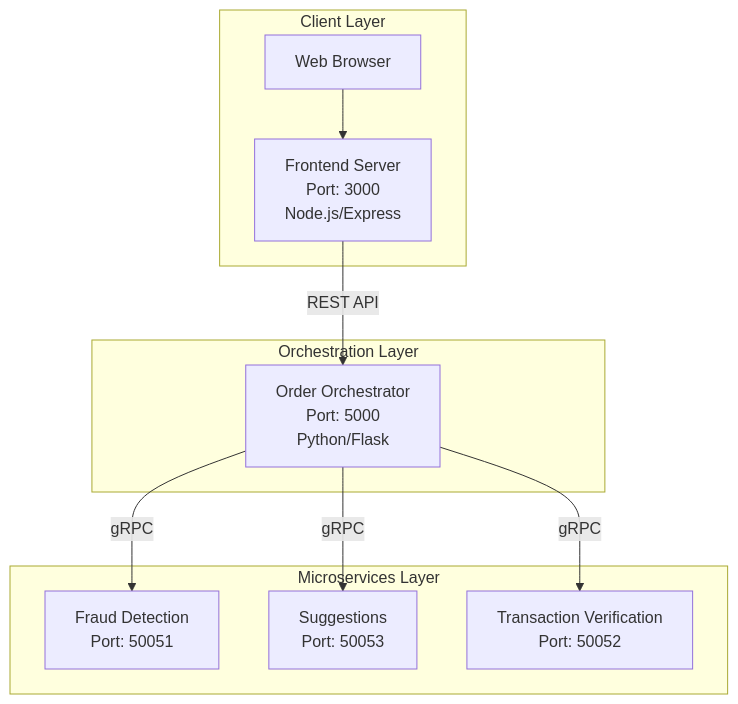
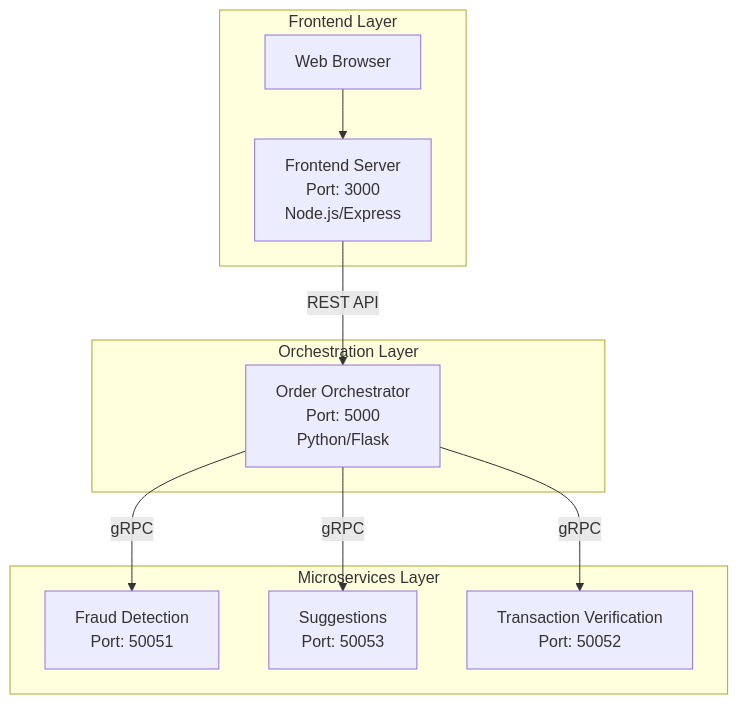
Before and after one commit to mharisirfan/ds-practice-2025: the first of 2 diagrams in README.md, drawn with Mermaid.

Commit message:
Rename 'Client Layer' to 'Frontend Layer' in README

````diff
--- a/README.md
+++ b/README.md
@@ -10,15 +10,15 @@
 ```mermaid
 graph TD
-    subgraph "Client Layer"
+    subgraph "Frontend Layer"
         A[Web Browser] --> B[Frontend Server<br/>Port: 3000<br/>Node.js/Express]
     end 
     subgraph "Orchestration Layer"
         B -->|REST API| C[Order Orchestrator<br/>Port: 5000<br/>Python/Flask]
     end    
     subgraph "Microservices Layer"
         C -->|gRPC| D[Fraud Detection<br/>Port: 50051]
         C -->|gRPC| E[Suggestions<br/>Port: 50053]
         C -->|gRPC| F[Transaction Verification<br/>Port: 50052]
     end
 
 ```
````
